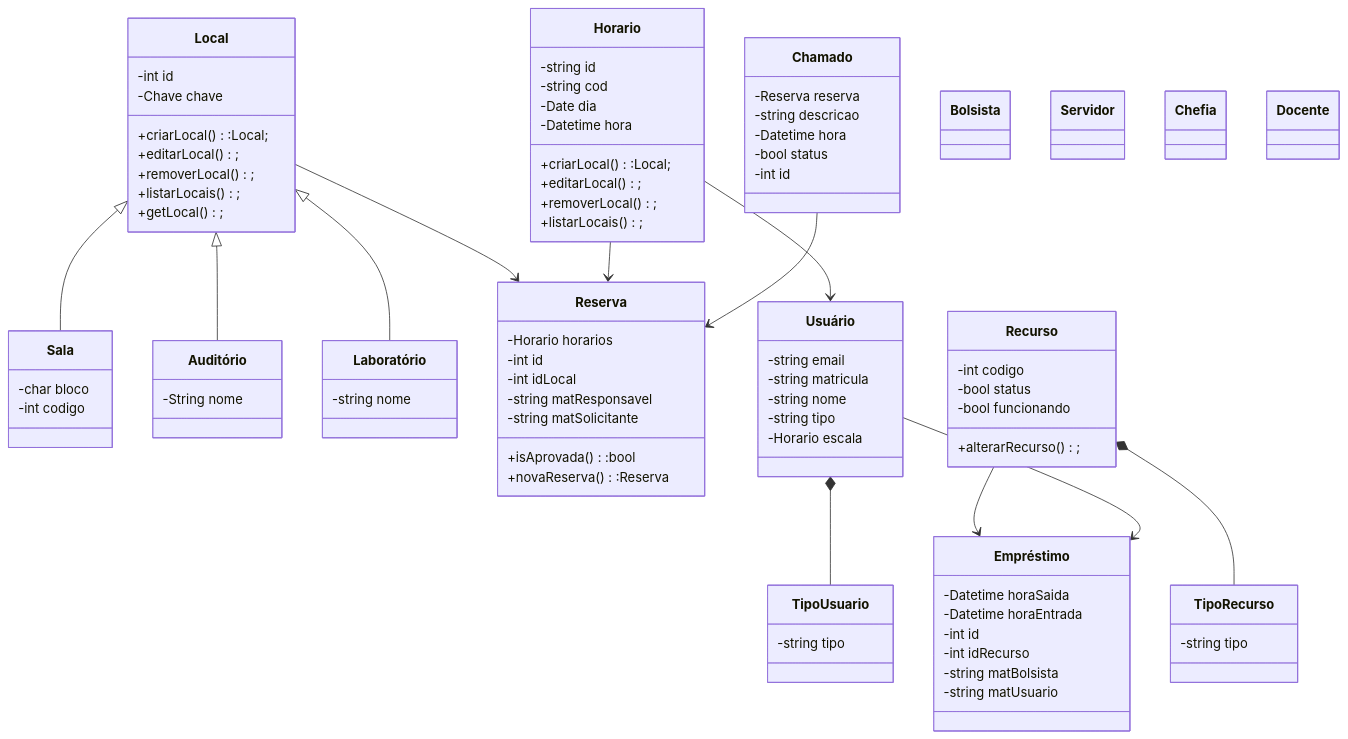
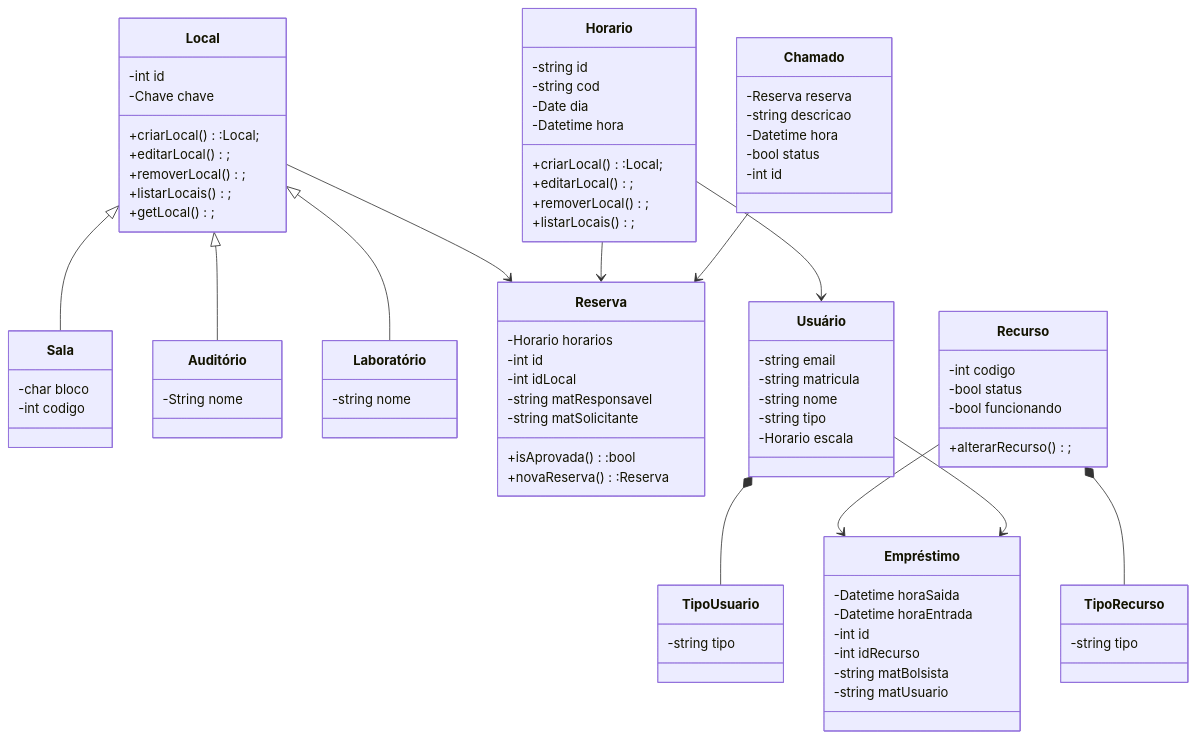
Before and after one commit to tgo-mas/SIGApoio: the diagram in docs/diagramadeclasse.md, drawn with Mermaid.

Commit message:
Remoção de classes não utilizadas

```diff
--- a/docs/diagramadeclasse.md
+++ b/docs/diagramadeclasse.md
@@ -101,17 +101,4 @@
         -bool status
         -int id
     }
-    class Bolsista{
-
-
-    }
-    class Servidor{
-
-    }
-    class Chefia{
-
-    }
-    class Docente{
-
-    }
 ~~~
```
